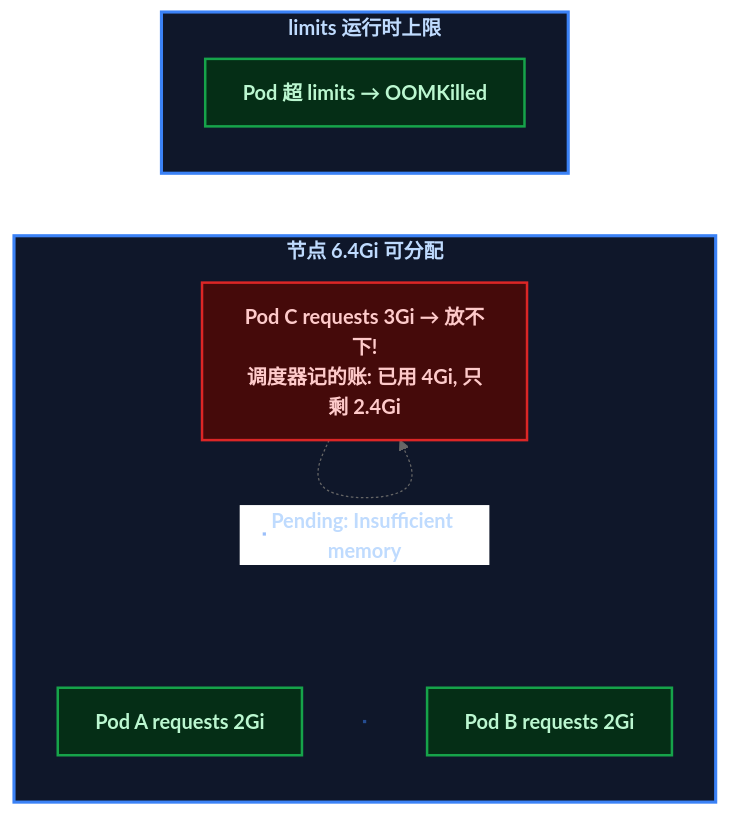
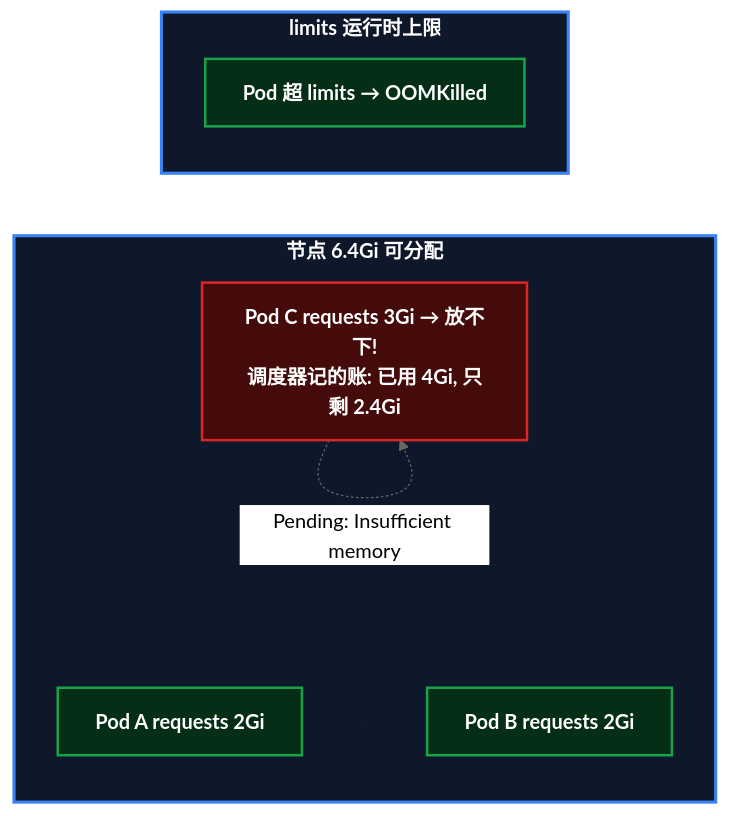
Before and after one commit to yaocat55/yaocat55.github.io: the second of 2 diagrams in content/posts/kubernetes/K8sGracefulShutdownResources.md, drawn with Mermaid (neutral theme). The commit also changed other lines of this file and 27 other files, not shown here.

Commit message:
docs: 全系列 93 张 Mermaid 图 classDef 改为 style 强制深底白字(修复部分渲染器白底浅字)+历史文件格式清理

````diff
--- a/content/posts/kubernetes/K8sGracefulShutdownResources.md
+++ b/content/posts/kubernetes/K8sGracefulShutdownResources.md
@@ -209,18 +211,18 @@
 ```mermaid
 flowchart LR
     subgraph N["节点 6.4Gi 可分配"]
         P1["Pod A requests 2Gi"]
         P2["Pod B requests 2Gi"]
         P3["Pod C requests 3Gi → 放不下!<br/>调度器记的账: 已用 4Gi, 只剩 2.4Gi"]
     end
     subgraph L["limits 运行时上限"]
         P4["Pod 超 limits → OOMKilled"]
     end
     P3 -.->|"Pending: Insufficient memory"| P3
-    classDef root fill:#0f172a,stroke:#3b82f6,stroke-width:2.5px,color:#bfdbfe,font-weight:bold;
-    classDef data fill:#052e16,stroke:#16a34a,stroke-width:2px,color:#bbf7d0,font-weight:bold;
-    classDef reject fill:#450a0a,stroke:#dc2626,stroke-width:2px,color:#fecaca,font-weight:bold;
-    class N,L root;
-    class P1,P2,P4 data;
-    class P3 reject;
+    style N fill:#0f172a,stroke:#3b82f6,stroke-width:2.5px,color:#ffffff,font-weight:bold
+    style L fill:#0f172a,stroke:#3b82f6,stroke-width:2.5px,color:#ffffff,font-weight:bold
+    style P1 fill:#052e16,stroke:#16a34a,stroke-width:2px,color:#ffffff,font-weight:bold
+    style P2 fill:#052e16,stroke:#16a34a,stroke-width:2px,color:#ffffff,font-weight:bold
+    style P4 fill:#052e16,stroke:#16a34a,stroke-width:2px,color:#ffffff,font-weight:bold
+    style P3 fill:#450a0a,stroke:#dc2626,stroke-width:2px,color:#ffffff,font-weight:bold
 ```
````
